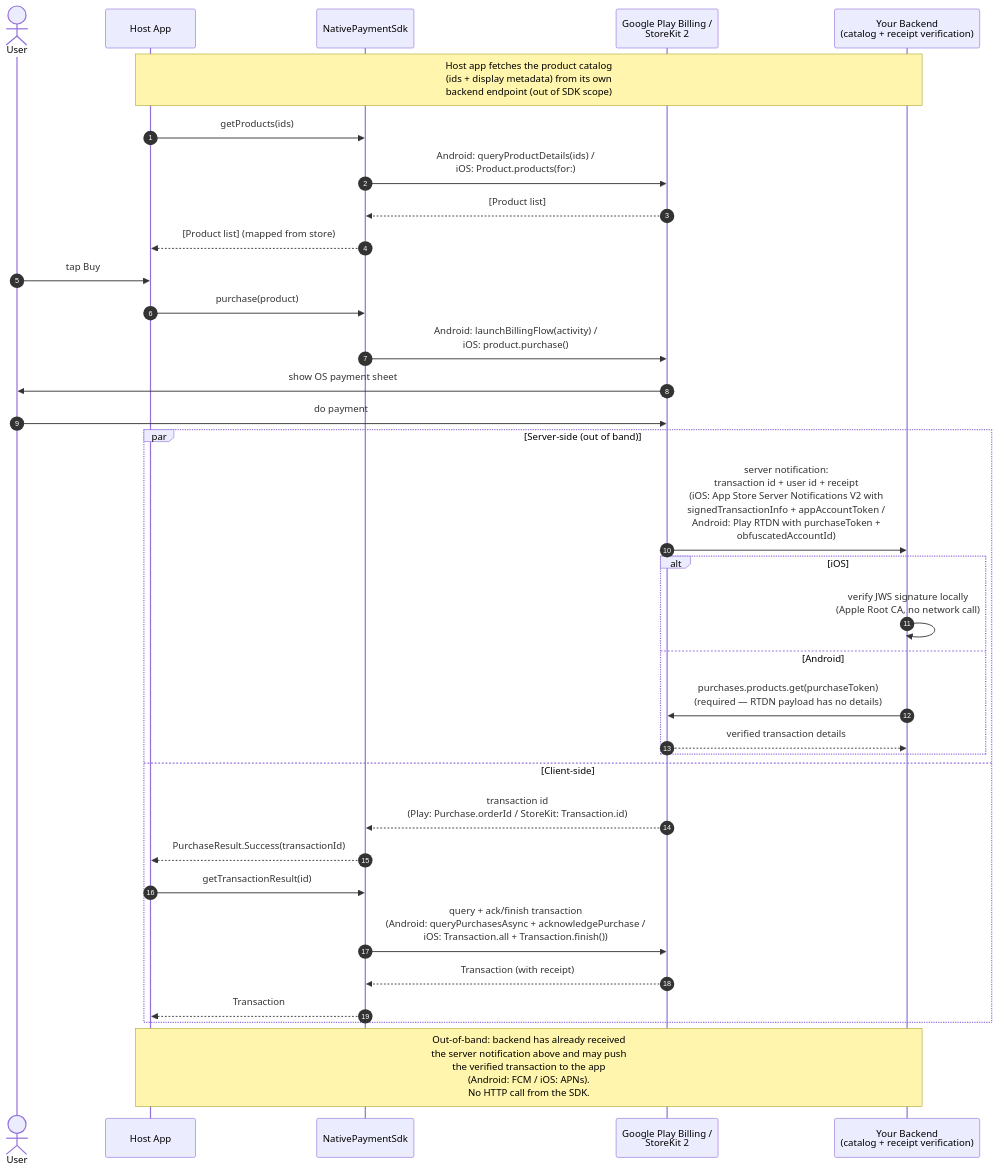
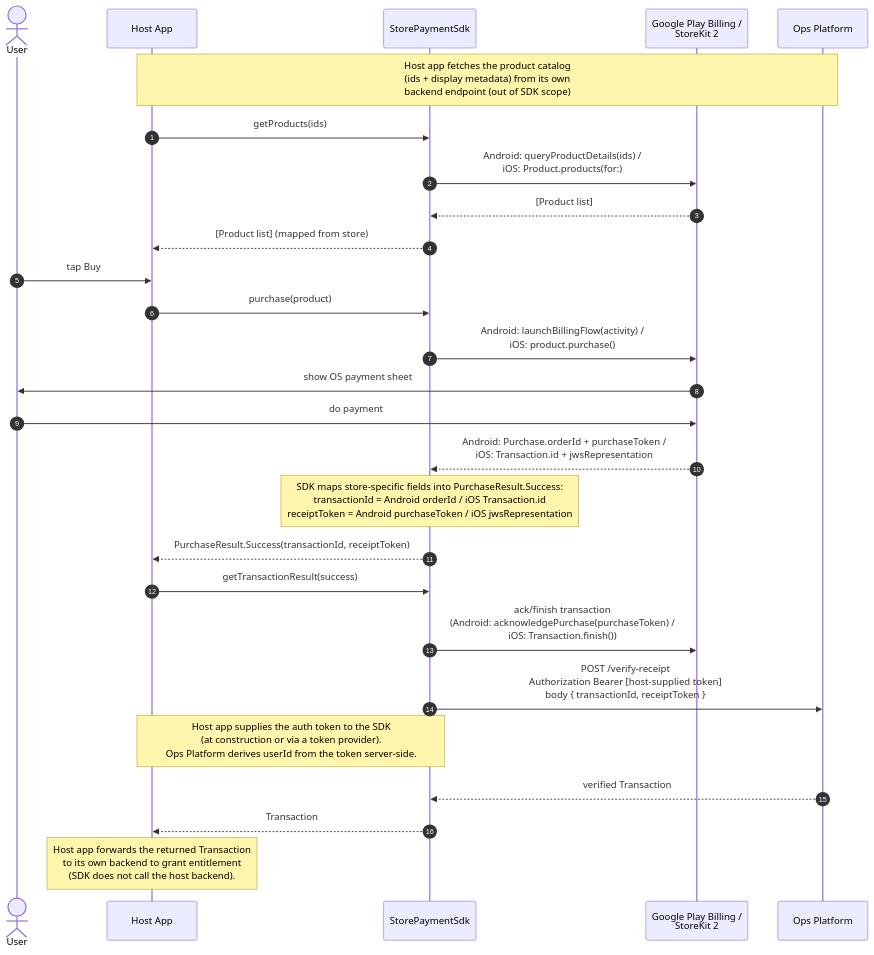
One commit to KhangTranUney/SharedPaymentSdk changed the second of 2 diagrams in README.md. Above: the diagram before and after it, drawn with Mermaid. The commit also changed other lines of this file and 15 other files, not shown here.

````diff
--- a/README.md
+++ b/README.md
@@ -253,40 +258,32 @@
 ```mermaid
 sequenceDiagram
     autonumber
     actor User
     participant App as Host App
-    participant SDK as NativePaymentSdk
+    participant SDK as StorePaymentSdk
     participant Store as Google Play Billing /<br/>StoreKit 2
-    participant Backend as Your Backend<br/>(catalog + receipt verification)
+    participant Ops as Ops Platform
 
-    Note over App,Backend: Host app fetches the product catalog<br/>(ids + display metadata) from its own<br/>backend endpoint (out of SDK scope)
+    Note over App,Ops: Host app fetches the product catalog<br/>(ids + display metadata) from its own<br/>backend endpoint (out of SDK scope)
     App->>SDK: getProducts(ids)
     SDK->>Store: Android: queryProductDetails(ids) /<br/>iOS: Product.products(for:)
     Store-->>SDK: [Product list]
     SDK-->>App: [Product list] (mapped from store)
 
     User->>App: tap Buy
     App->>SDK: purchase(product)
     SDK->>Store: Android: launchBillingFlow(activity) /<br/>iOS: product.purchase()
     Store->>User: show OS payment sheet
     User->>Store: do payment
+    Store-->>SDK: Android: Purchase.orderId + purchaseToken /<br/>iOS: Transaction.id + jwsRepresentation
+    Note over SDK: SDK maps store-specific fields into PurchaseResult.Success:<br/>transactionId = Android orderId / iOS Transaction.id<br/>receiptToken  = Android purchaseToken / iOS jwsRepresentation
+    SDK-->>App: PurchaseResult.Success(transactionId, receiptToken)
 
-    par Server-side (out of band)
-        Store->>Backend: server notification:<br/>transaction id + user id + receipt<br/>(iOS: App Store Server Notifications V2 with<br/>signedTransactionInfo + appAccountToken /<br/>Android: Play RTDN with purchaseToken +<br/>obfuscatedAccountId)
-        alt iOS
-            Backend->>Backend: verify JWS signature locally<br/>(Apple Root CA, no network call)
-        else Android
-            Backend->>Store: purchases.products.get(purchaseToken)<br/>(required — RTDN payload has no details)
-            Store-->>Backend: verified transaction details
-        end
-    and Client-side
-        Store-->>SDK: transaction id<br/>(Play: Purchase.orderId / StoreKit: Transaction.id)
-        SDK-->>App: PurchaseResult.Success(transactionId)
-        App->>SDK: getTransactionResult(id)
-        SDK->>Store: query + ack/finish transaction<br/>(Android: queryPurchasesAsync + acknowledgePurchase /<br/>iOS: Transaction.all + Transaction.finish())
-        Store-->>SDK: Transaction (with receipt)
-        SDK-->>App: Transaction
-    end
-
-    Note over Backend,App: Out-of-band: backend has already received<br/>the server notification above and may push<br/>the verified transaction to the app<br/>(Android: FCM / iOS: APNs).<br/>No HTTP call from the SDK.
+    App->>SDK: getTransactionResult(success)
+    SDK->>Store: ack/finish transaction<br/>(Android: acknowledgePurchase(purchaseToken) /<br/>iOS: Transaction.finish())
+    SDK->>Ops: POST /verify-receipt<br/>Authorization Bearer [host-supplied token]<br/>body { transactionId, receiptToken }
+    Note over App,SDK: Host app supplies the auth token to the SDK<br/>(at construction or via a token provider).<br/>Ops Platform derives userId from the token server-side.
+    Ops-->>SDK: verified Transaction
+    SDK-->>App: Transaction
+    Note over App: Host app forwards the returned Transaction<br/>to its own backend to grant entitlement<br/>(SDK does not call the host backend).
 ```
````
